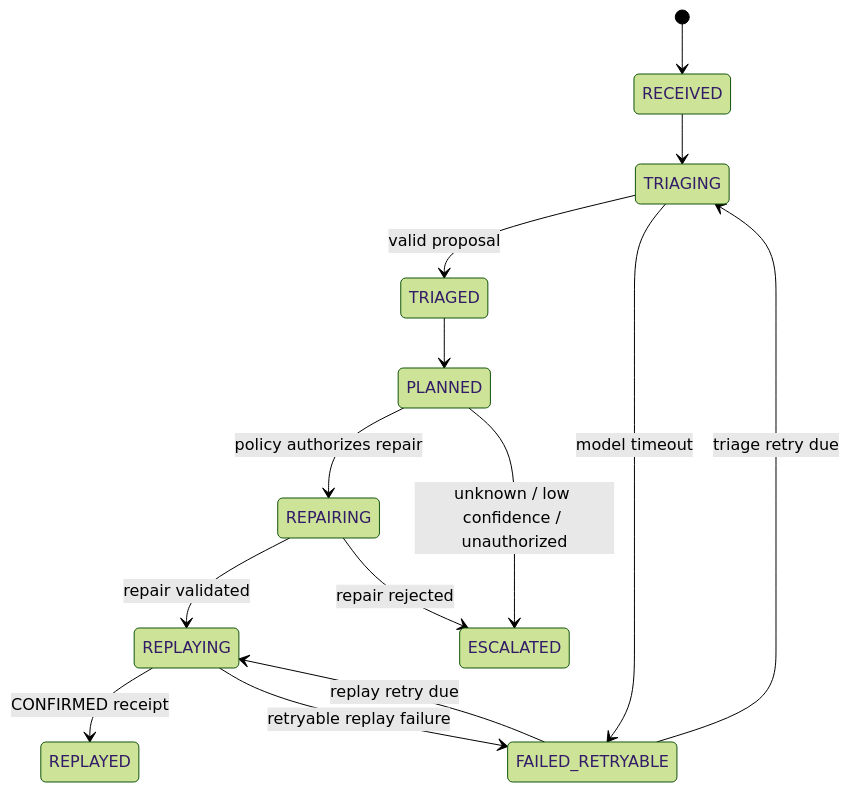
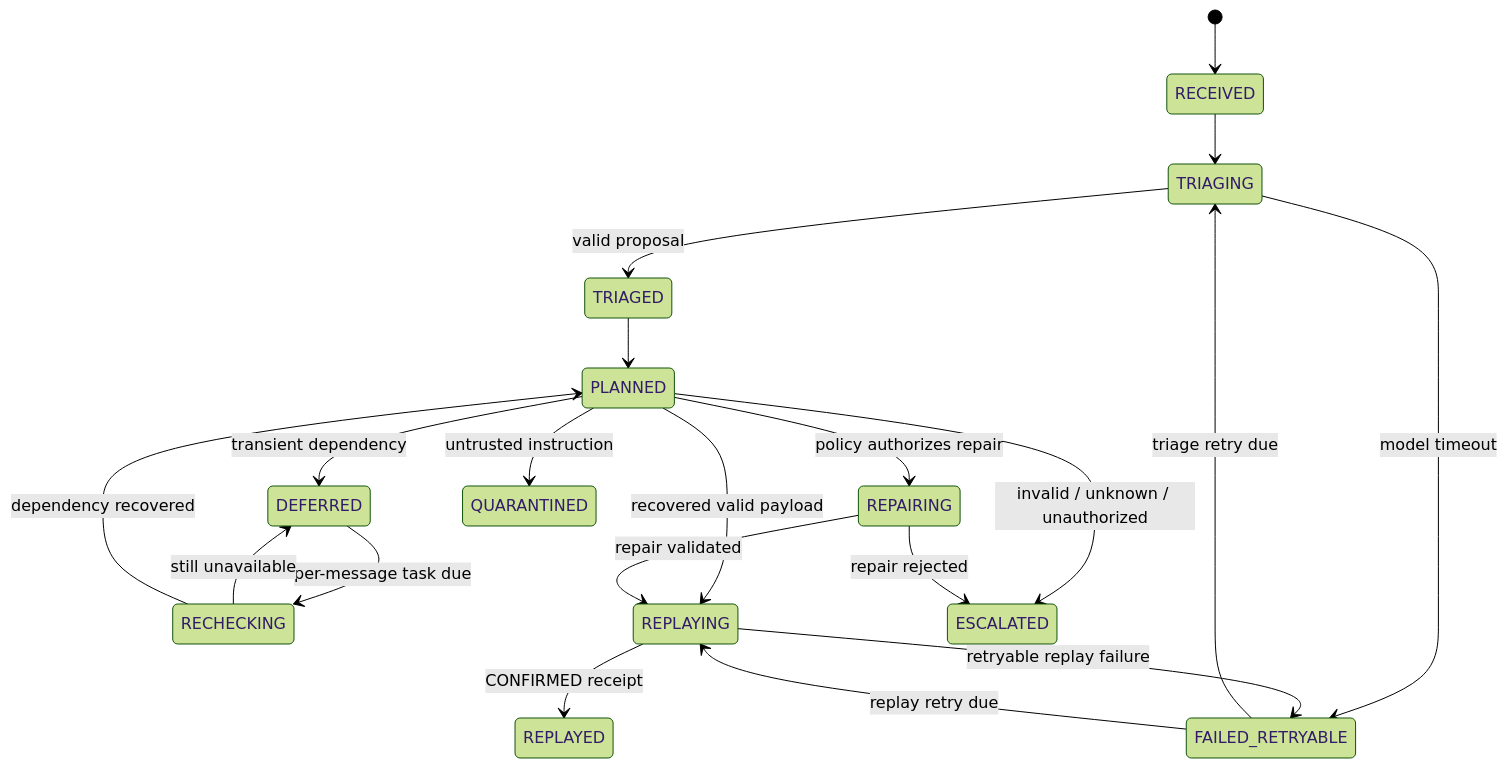
One commit to haris007/retrypermit changed the second of 4 diagrams in README.md. Above: the diagram before and after it, drawn with Mermaid (forest theme). The commit also changed other lines of this file and 66 other files, not shown here.

````diff
--- a/README.md
+++ b/README.md
@@ -43,16 +71,22 @@
 ```mermaid
 stateDiagram-v2
     [*] --> RECEIVED
     RECEIVED --> TRIAGING
     TRIAGING --> TRIAGED: valid proposal
     TRIAGING --> FAILED_RETRYABLE: model timeout
     FAILED_RETRYABLE --> TRIAGING: triage retry due
     TRIAGED --> PLANNED
+    PLANNED --> DEFERRED: transient dependency
+    DEFERRED --> RECHECKING: per-message task due
+    RECHECKING --> DEFERRED: still unavailable
+    RECHECKING --> PLANNED: dependency recovered
     PLANNED --> REPAIRING: policy authorizes repair
-    PLANNED --> ESCALATED: unknown / low confidence / unauthorized
+    PLANNED --> REPLAYING: recovered valid payload
+    PLANNED --> ESCALATED: invalid / unknown / unauthorized
+    PLANNED --> QUARANTINED: untrusted instruction
     REPAIRING --> REPLAYING: repair validated
     REPAIRING --> ESCALATED: repair rejected
     REPLAYING --> REPLAYED: CONFIRMED receipt
     REPLAYING --> FAILED_RETRYABLE: retryable replay failure
     FAILED_RETRYABLE --> REPLAYING: replay retry due
 ```
````
